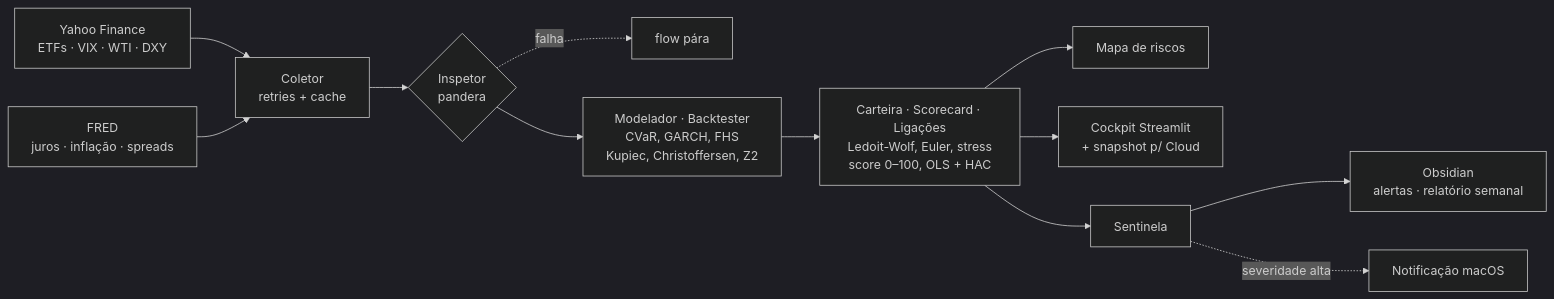
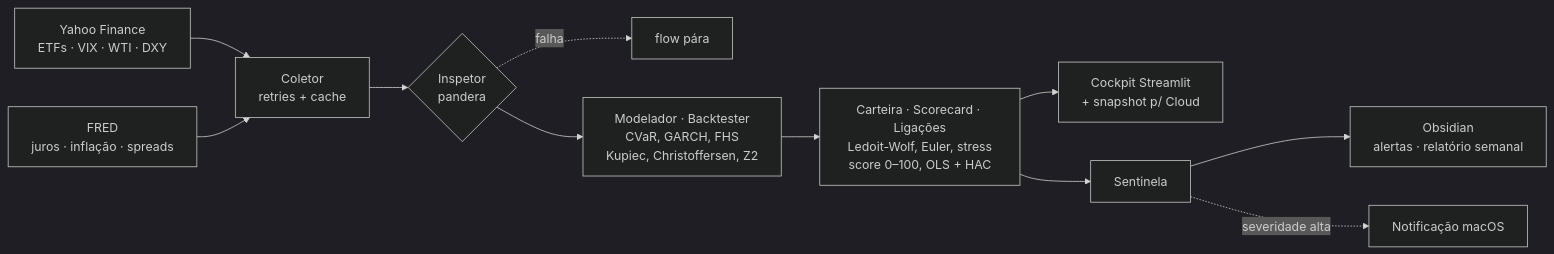
The diagram in README.md (fernandoxb/sector-risk-model), drawn with Mermaid (dark theme) before and after one commit. The commit also changed other lines of this file and 26 other files, not shown here.

````diff
--- a/README.md
+++ b/README.md
@@ -118,13 +113,12 @@
 ```mermaid
 flowchart LR
     Y[Yahoo Finance<br/>ETFs · VIX · WTI · DXY] --> C[Coletor<br/>retries + cache]
     F[FRED<br/>juros · inflação · spreads] --> C
     C --> I{Inspetor<br/>pandera}
     I -. falha .-> X[flow pára]
     I --> M[Modelador · Backtester<br/>CVaR, GARCH, FHS<br/>Kupiec, Christoffersen, Z2]
     M --> P[Carteira · Scorecard · Ligações<br/>Ledoit-Wolf, Euler, stress<br/>score 0–100, OLS + HAC]
-    P --> MAP[Mapa de riscos]
     P --> CK[Cockpit Streamlit<br/>+ snapshot p/ Cloud]
     P --> SE[Sentinela] --> OB[Obsidian<br/>alertas · relatório semanal]
     SE -. severidade alta .-> N[Notificação macOS]
 ```
````
